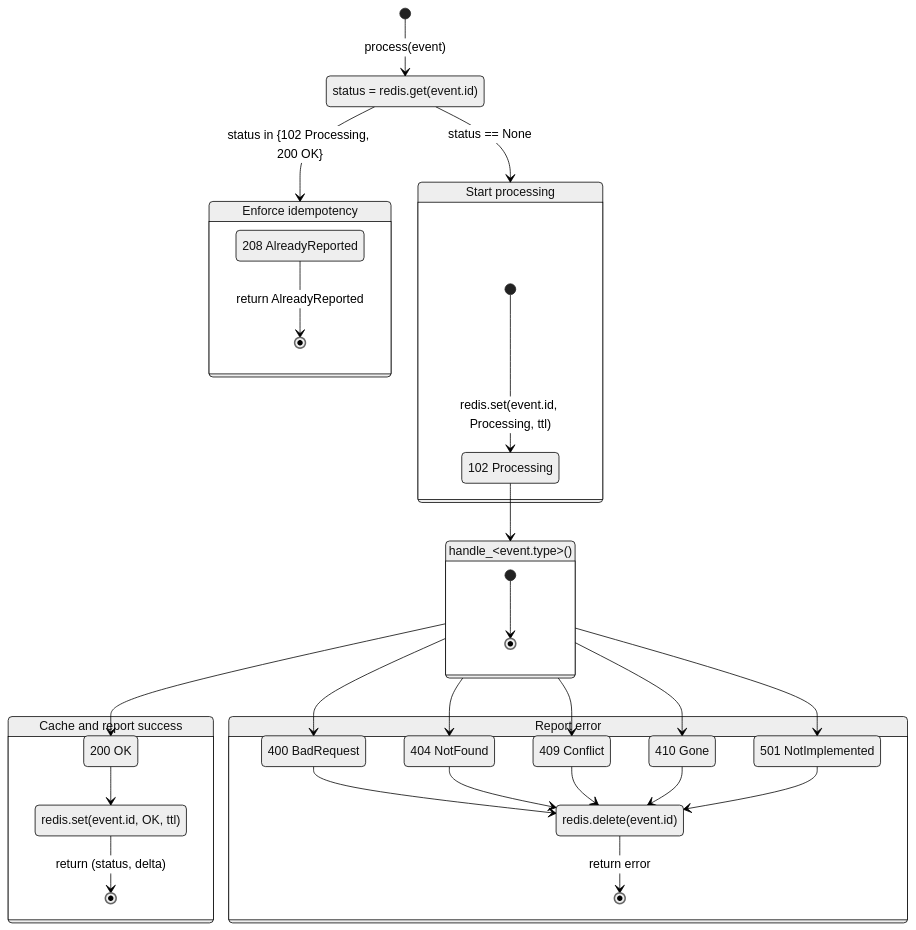
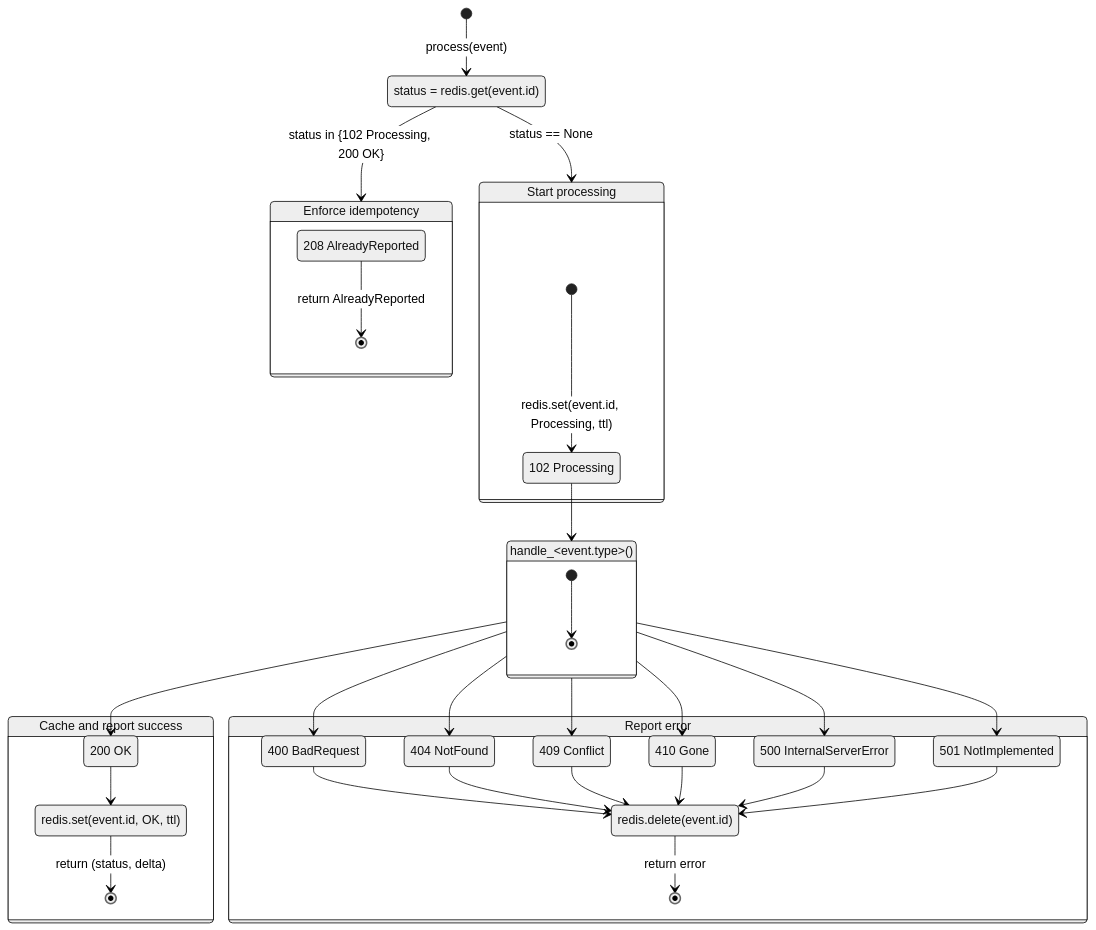
The fourth of 4 diagrams in API2.md (ppker/securedrop), drawn with Mermaid (neutral theme) before and after one commit. The commit also changed other lines of this file, not shown here.

````diff
--- a/API2.md
+++ b/API2.md
@@ -212,56 +214,60 @@
 ```mermaid
 stateDiagram-v2
 direction TB
 
 [*] --> CacheLookup : process(event)
+
 CacheLookup: status = redis.get(event.id)
-
 CacheLookup --> IdempotentBranch : status in {102 Processing, 200 OK}
 CacheLookup --> StartBranch : status == None
 
 state "Enforce idempotency" as IdempotentBranch {
     AlreadyReported : 208 AlreadyReported
     AlreadyReported --> [*] : return AlreadyReported
 }
 
 state "Start processing" as StartBranch {
     [*] --> Processing : redis.set(event.id, Processing, ttl)
     Processing : 102 Processing
 }
 
 Processing --> Handler
 state "handle_&lt;event.type&gt;()" as Handler {
     [*] --> [*]
 }
 
 Handler --> OK
 state "Cache and report success" as SuccessBranch {
     OK : 200 OK
     OK --> UpdateCache
 
     UpdateCache : redis.set(event.id, OK, ttl)
     UpdateCache --> [*] : return (status, delta)
 }
 
 Handler --> BadRequest
 Handler --> NotFound
 Handler --> Conflict
 Handler --> Gone
+Handler --> InternalServerError
 Handler --> NotImplemented
 state "Report error" as ErrorBranch {
     BadRequest : 400 BadRequest
     NotFound : 404 NotFound
     Conflict : 409 Conflict
     Gone : 410 Gone
+    InternalServerError : 500 InternalServerError
     NotImplemented : 501 NotImplemented
 
     BadRequest --> ClearCache
     NotFound --> ClearCache
     Conflict --> ClearCache
     Gone --> ClearCache
+    InternalServerError --> ClearCache
     NotImplemented --> ClearCache
 
     ClearCache : redis.delete(event.id)
     ClearCache --> [*] : return error
 }
+
 ```
````
